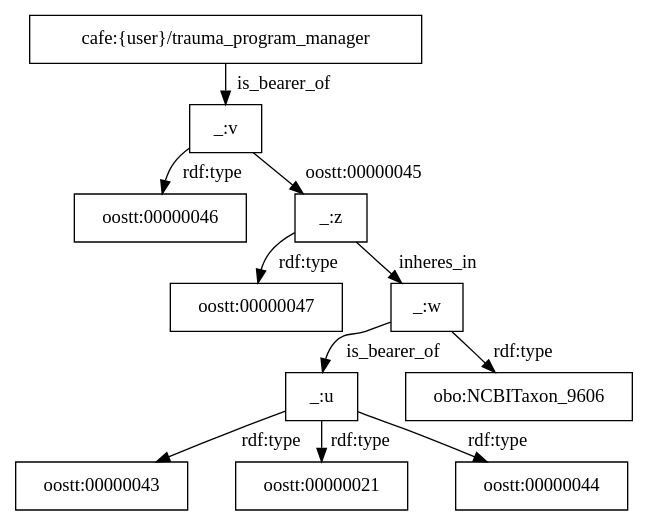
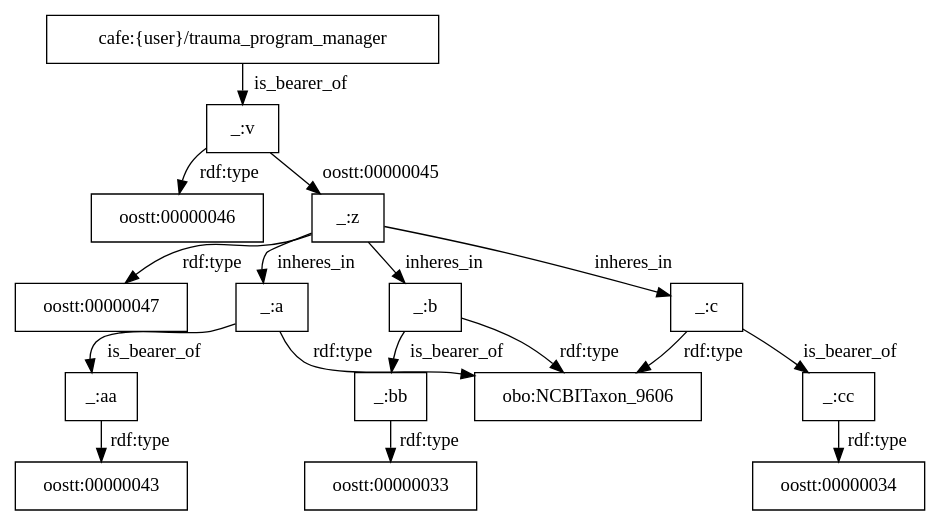
One commit to utecht/dideo-server changed the diagram in cafe/graphs/31.dot. Above: the diagram before and after it, drawn with Graphviz. The commit also changed 2 other files, not shown here.

Commit message:
fixed rdf for reporting relationship

```diff
--- a/cafe/graphs/31.dot
+++ b/cafe/graphs/31.dot
@@ -1,13 +1,19 @@
 digraph g { node [shape=rectangle];
 graph [splines=true, nodesep=.5, ranksep=0, overlap=false];
 "cafe:{user}/trauma_program_manager" -> "_:v" [label="is_bearer_of"]
 "_:v" -> "oostt:00000046" [label="rdf:type"]
 "_:v" -> "_:z" [label="oostt:00000045"]
 "_:z" -> "oostt:00000047" [label="rdf:type"]
-"_:z" -> "_:w" [label="inheres_in"]
-"_:w" -> "_:u" [label="is_bearer_of"]
-"_:w" -> "obo:NCBITaxon_9606" [label="rdf:type"]
-"_:u" -> "oostt:00000043" [label="rdf:type"]
-"_:u" -> "oostt:00000021" [label="rdf:type"]
-"_:u" -> "oostt:00000044" [label="rdf:type"]
+"_:a" -> "_:aa" [label="is_bearer_of"]
+"_:a" -> "obo:NCBITaxon_9606" [label="rdf:type"]
+"_:aa" -> "oostt:00000043" [label="rdf:type"]
+"_:bb" -> "oostt:00000033" [label="rdf:type"]
+"_:cc" -> "oostt:00000034" [label="rdf:type"]
+"_:b" -> "_:bb" [label="is_bearer_of"]
+"_:c" -> "_:cc" [label="is_bearer_of"]
+"_:b" -> "obo:NCBITaxon_9606" [label="rdf:type"]
+"_:c" -> "obo:NCBITaxon_9606" [label="rdf:type"]
+"_:z" -> "_:b" [label="inheres_in"]
+"_:z" -> "_:c" [label="inheres_in"]
+"_:z" -> "_:a" [label="inheres_in"]
 }
```
